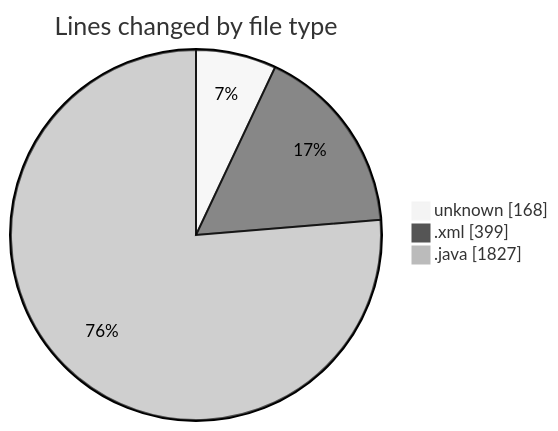
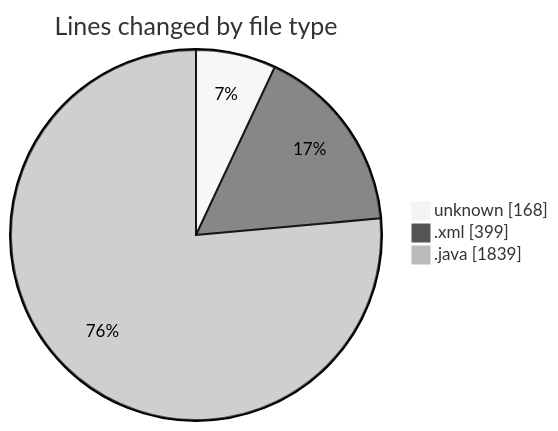
The first of 2 diagrams in 2025-02-24/micros/README.md (charlie-sans/code-tracking), drawn with Mermaid (neutral theme) before and after one commit. The commit also changed other lines of this file and 1 other file, not shown here.

````diff
--- a/2025-02-24/micros/README.md
+++ b/2025-02-24/micros/README.md
@@ -27,7 +27,7 @@
 ```mermaid
 pie showData
 title Lines changed by file type
 "unknown" : 168
 ".xml" : 399
-".java" : 1827
+".java" : 1839
 ```
````
